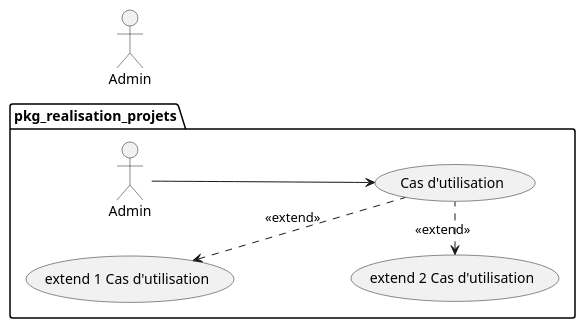
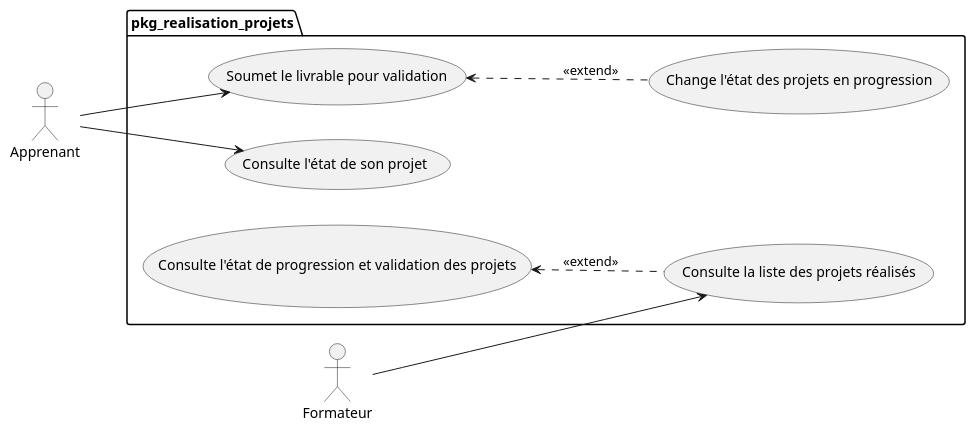
Before and after one commit to solicoders/soli-lms: the diagram in modélisation/pkg_realisation_projets/uses_cases_pkg_realisation_projets.puml, drawn with PlantUML. The commit also changed 10 other files, not shown here.

```diff
--- a/modélisation/pkg_realisation_projets/uses_cases_pkg_realisation_projets.puml
+++ b/modélisation/pkg_realisation_projets/uses_cases_pkg_realisation_projets.puml
@@ -1,17 +1,18 @@
 @startuml uses_cases_pkg_realisation_projets
 
 left to right direction
 
 
-actor Admin as admin
-
+actor Apprenant as apprenant
+actor Formateur as formateur
 package pkg_realisation_projets {
 
-  Admin -->  (Cas d'utilisation) 
-  (extend 1 Cas d'utilisation)  <..  (Cas d'utilisation)  : <<extend>>
-  (extend 2 Cas d'utilisation)  <.  (Cas d'utilisation)  : <<extend>>
-}  
 
-' note right of admin : "note 1"
+  apprenant --> (Soumet le livrable pour validation)
+  apprenant --> (Consulte l'état de son projet)
+  formateur --> (Consulte la liste des projets réalisés)
+  (Consulte l'état de progression et validation des projets) <.. (Consulte la liste des projets réalisés) : <<extend>>
+  (Soumet le livrable pour validation) <.. (Change l'état des projets en progression) : <<extend>>
+}
 
 @enduml
```
